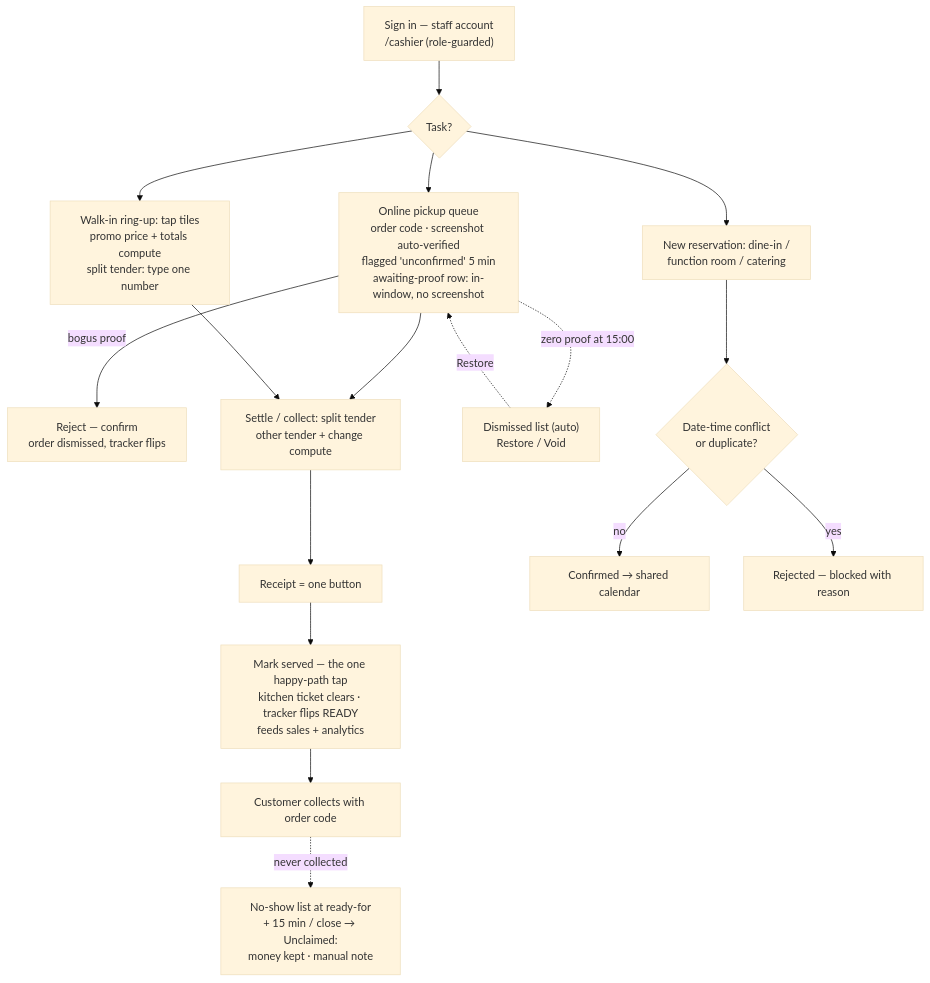
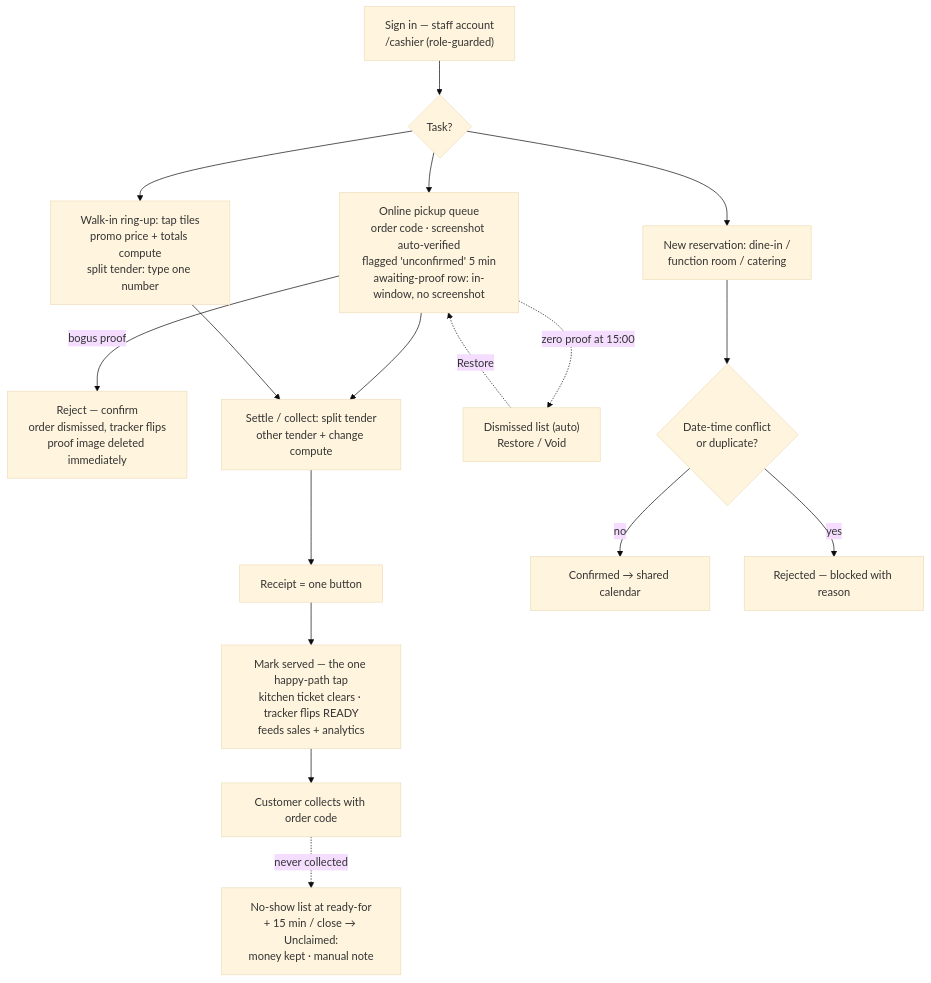
The diagram in docs/flow-charts/cashier.md (S1NXIAN/CRNP), drawn with Mermaid (base theme) before and after one commit. The commit also changed 2 other files, not shown here.

Commit message:
docs: bound proof image size and lifetime
Follow-up to issue 002: unconstrained screenshots (~4 MB base64
each in RTDB) would flood the datastore at ~400 MB/day.

- compress client + server: adaptive JPEG <=300 KB on selection,
  >=720 px legibility floor, server re-encodes to the same ceiling
- store out-of-band at orders/{id}/proof so list polls never
  pull image bytes
- daily end-of-day sweep (Asia/Manila) nulls proof on terminal
  orders 7 days after settledAt; rejected proofs delete on Reject
- issue 002 addendum records the decisions and flags the
  evidence tradeoff for issue 006

````diff
--- a/docs/flow-charts/cashier.md
+++ b/docs/flow-charts/cashier.md
@@ -6,19 +6,19 @@
 ```mermaid
 flowchart TD
     A["Sign in — staff account<br/>/cashier (role-guarded)"] --> B{"Task?"}
     B --> C["Online pickup queue<br/>order code · screenshot auto-verified<br/>flagged 'unconfirmed' 5 min<br/>awaiting-proof row: in-window, no screenshot"]
     B --> D["Walk-in ring-up: tap tiles<br/>promo price + totals compute<br/>split tender: type one number"]
     B --> E["New reservation: dine-in /<br/>function room / catering"]
-    C -->|"bogus proof"| R["Reject — confirm<br/>order dismissed, tracker flips"]
+    C -->|"bogus proof"| R["Reject — confirm<br/>order dismissed, tracker flips<br/>proof image deleted immediately"]
     C --> F["Settle / collect: split tender<br/>other tender + change compute"]
     D --> F
     F --> G["Receipt = one button"]
     G --> H["Mark served — the one happy-path tap<br/>kitchen ticket clears · tracker flips READY<br/>feeds sales + analytics"]
     H --> I["Customer collects with order code"]
     I -.->|"never collected"| U["No-show list at ready-for<br/>+ 15 min / close → Unclaimed:<br/>money kept · manual note"]
     C -.->|"zero proof at 15:00"| X["Dismissed list (auto)<br/>Restore / Void"]
     X -.->|"Restore"| C
     E --> J{"Date-time conflict<br/>or duplicate?"}
     J -->|"no"| K["Confirmed → shared calendar"]
     J -->|"yes"| L["Rejected — blocked with reason"]
 ```
````
